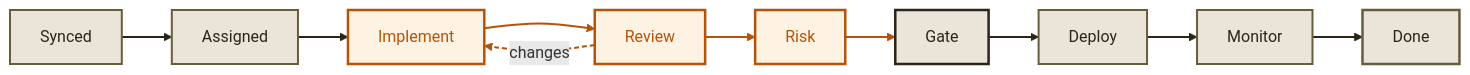
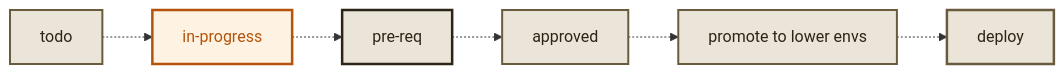
One commit to dunkinfrunkin/maestro changed the first of 5 diagrams in docs/docs/pipeline.mdx. Above: the diagram before and after it, drawn with Mermaid. The commit also changed other lines of this file, not shown here.

Commit message:
docs: update lifecycle statuses to real pipeline states
todo, in-progress, pre-req, approved, promote to lower envs, deploy.

````diff
--- a/docs/docs/pipeline.mdx
+++ b/docs/docs/pipeline.mdx
@@ -10,25 +10,11 @@
 ```mermaid
 graph LR
-  S["Synced"] --> A["Assigned"] --> I["Implement"] --> R["Review"] --> RP["Risk"] --> HG["Gate"] --> D["Deploy"] --> M["Monitor"] --> DN["Done"]
-  R -- "changes" --> I
+  TODO["todo"] -.-> IP["in-progress"] -.-> PRE["pre-req"] -.-> APP["approved"] -.-> LOWER["promote to lower envs"] -.-> DEP["deploy"]
 
-  style S fill:#ebe5d9,stroke:#6b5b3e,stroke-width:2px,color:#2c2416
-  style A fill:#ebe5d9,stroke:#6b5b3e,stroke-width:2px,color:#2c2416
-  style I fill:#fef3e2,stroke:#b45309,stroke-width:2.5px,color:#b45309
-  style R fill:#fef3e2,stroke:#b45309,stroke-width:2.5px,color:#b45309
-  style RP fill:#fef3e2,stroke:#b45309,stroke-width:2.5px,color:#b45309
-  style HG fill:#ebe5d9,stroke:#2c2416,stroke-width:2.5px,color:#2c2416
-  style D fill:#ebe5d9,stroke:#6b5b3e,stroke-width:2px,color:#2c2416
-  style M fill:#ebe5d9,stroke:#6b5b3e,stroke-width:2px,color:#2c2416
-  style DN fill:#ebe5d9,stroke:#6b5b3e,stroke-width:2.5px,color:#2c2416
-
-  linkStyle 0 stroke:#2c2416,stroke-width:2px
-  linkStyle 1 stroke:#2c2416,stroke-width:2px
-  linkStyle 2 stroke:#b45309,stroke-width:2px
-  linkStyle 3 stroke:#b45309,stroke-width:2px
-  linkStyle 4 stroke:#b45309,stroke-width:2px
-  linkStyle 5 stroke:#2c2416,stroke-width:2px
-  linkStyle 6 stroke:#2c2416,stroke-width:2px
-  linkStyle 7 stroke:#2c2416,stroke-width:2px
-  linkStyle 8 stroke:#b45309,stroke-width:2px,stroke-dasharray:5 3
+  style TODO fill:#ebe5d9,stroke:#6b5b3e,stroke-width:2px,color:#2c2416
+  style IP fill:#fef3e2,stroke:#b45309,stroke-width:2.5px,color:#b45309
+  style PRE fill:#ebe5d9,stroke:#2c2416,stroke-width:2.5px,color:#2c2416
+  style APP fill:#ebe5d9,stroke:#6b5b3e,stroke-width:2px,color:#2c2416
+  style LOWER fill:#ebe5d9,stroke:#6b5b3e,stroke-width:2px,color:#2c2416
+  style DEP fill:#ebe5d9,stroke:#6b5b3e,stroke-width:2.5px,color:#2c2416
 ```
````
